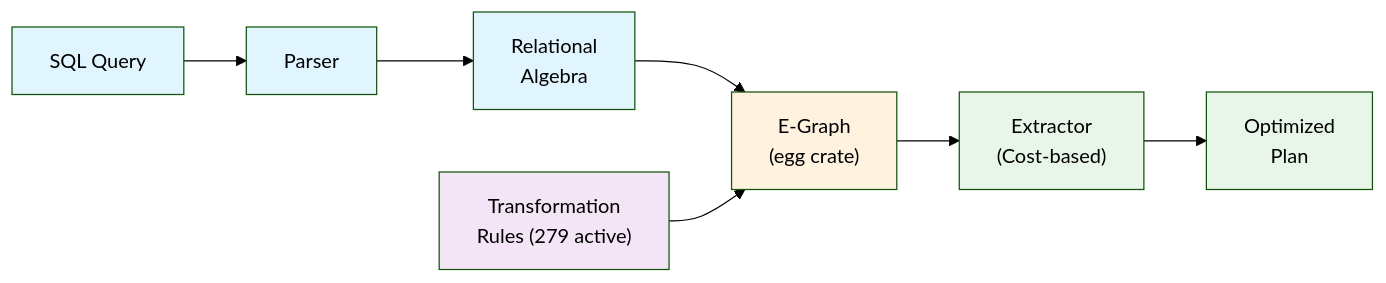
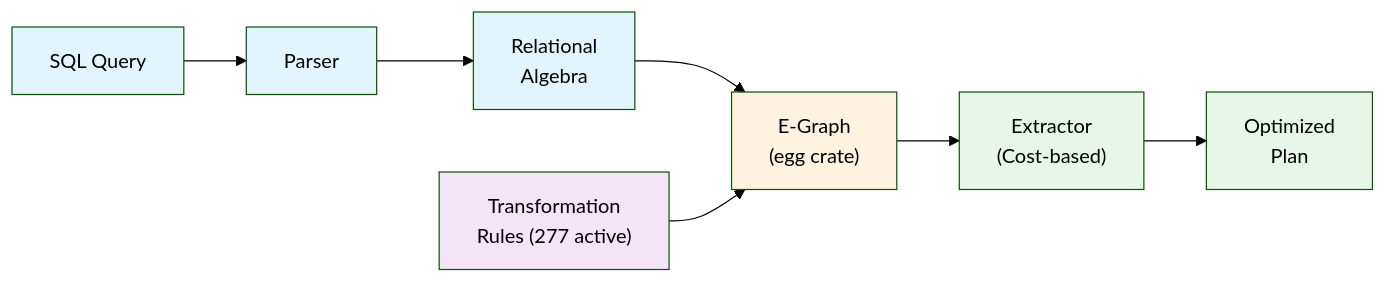
One commit to gburd/ra changed the diagram in docs/readme.md. Above: the diagram before and after it, drawn with Mermaid (forest theme). The commit also changed other lines of this file and 10 other files, not shown here.

````diff
--- a/docs/readme.md
+++ b/docs/readme.md
@@ -137,17 +137,17 @@
 ```mermaid
 graph LR
     SQL["SQL Query"] --> Parser["Parser"]
     Parser --> RA["Relational<br/>Algebra"]
     RA --> EGraph["E-Graph<br/>(egg crate)"]
-    Rules["Transformation<br/>Rules (279 active)"] --> EGraph
+    Rules["Transformation<br/>Rules (277 active)"] --> EGraph
     EGraph --> Extractor["Extractor<br/>(Cost-based)"]
     Extractor --> Plan["Optimized<br/>Plan"]
 
     style SQL fill:#e1f5fe
     style Parser fill:#e1f5fe
     style RA fill:#e1f5fe
     style EGraph fill:#fff3e0
     style Rules fill:#f3e5f5
     style Extractor fill:#e8f5e9
     style Plan fill:#e8f5e9
 ```
````
